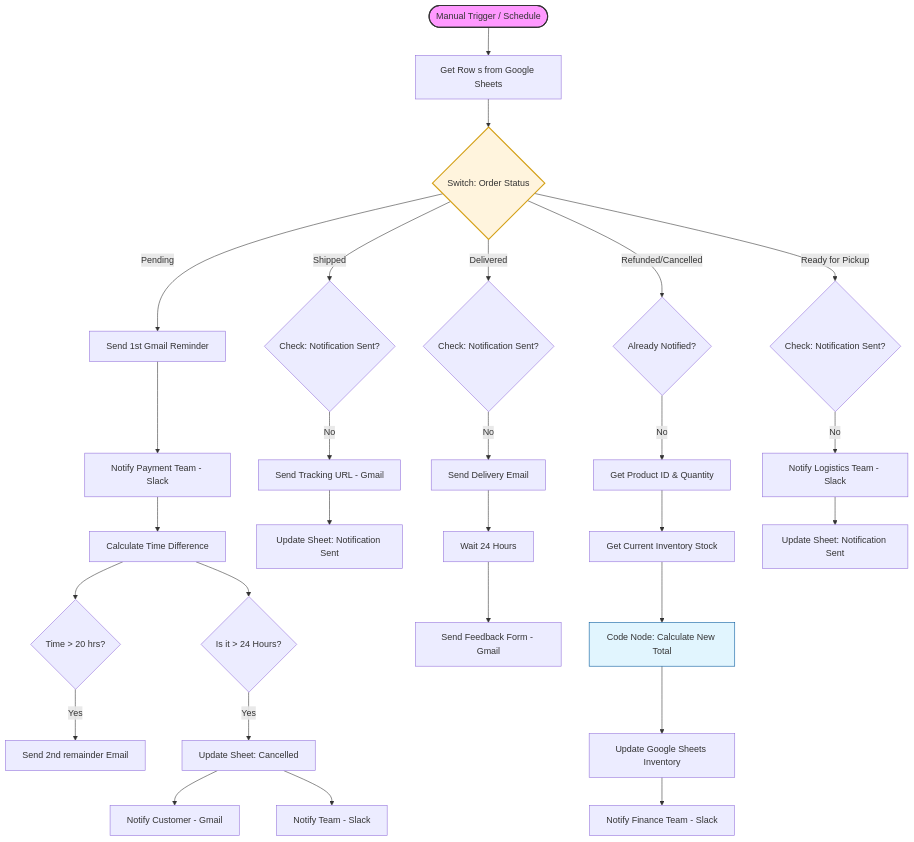
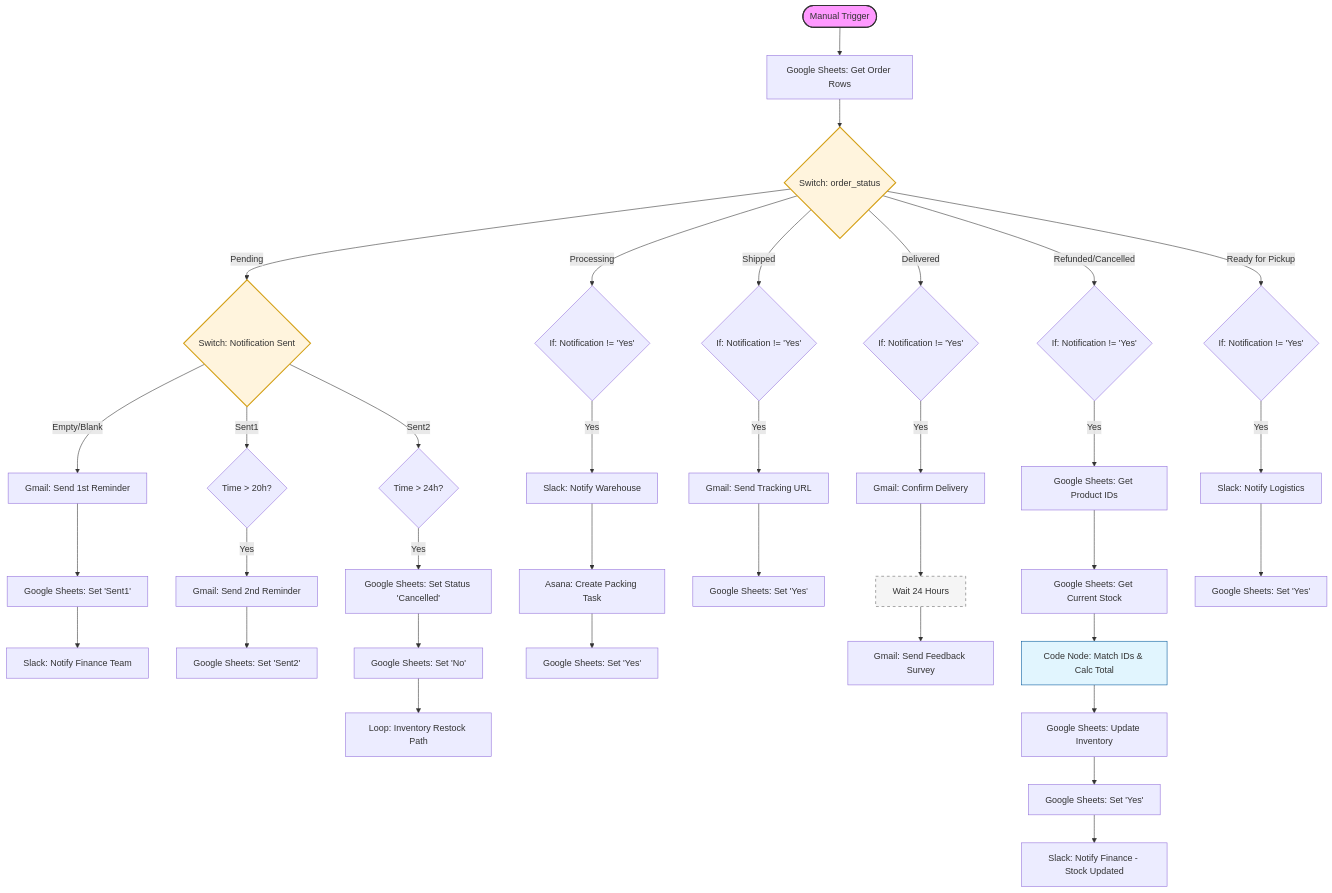
One commit to Pavithra-Sadheeshkumar/N8N-Automation changed the diagram in Order Status Automation/README.md. Above: the diagram before and after it, drawn with Mermaid.

````diff
--- a/Order Status Automation/README.md
+++ b/Order Status Automation/README.md
@@ -50,46 +51,61 @@
-``` mermaid
-    graph TD
-    %% Trigger
-    Start([Manual Trigger / Schedule]) --> GetRows[Get Row s from Google Sheets]
-    GetRows --> Switch{Switch: Order Status}
+```mermaid
+graph TD
+    %% Start and Data Fetch
+    Start([Manual Trigger]) --> GetRows[Google Sheets: Get Order Rows]
+    GetRows --> MainSwitch{Switch: order_status}
 
-    %% Path 1: Pending
-    Switch -- Pending --> Remainder1[Send 1st Gmail Reminder]
-    Remainder1 --> SlackPay[Notify Payment Team - Slack]
-    SlackPay --> CalcTime[Calculate Time Difference]
-    CalcTime --> Check20{Time > 20 hrs?}
-    Check20 -- Yes --> Rem2[Send 2nd remainder Email]
-    CalcTime --> TimeCheck{Is it > 24 Hours?}
-    TimeCheck -- Yes --> CancelOrder[Update Sheet: Cancelled]
-    CancelOrder --> NotifyCustCancel[Notify Customer - Gmail]
-    CancelOrder --> NotifyTeamCancel[Notify Team - Slack]
+    %% PENDING PATH (The State Machine)
+    MainSwitch -- Pending --> PendingSwitch{Switch: Notification Sent}
+    
+    PendingSwitch -- "Empty/Blank" --> Email1[Gmail: Send 1st Reminder]
+    Email1 --> UpdateSent1[Google Sheets: Set 'Sent1']
+    UpdateSent1 --> SlackFinance[Slack: Notify Finance Team]
 
-    %% Path 3: Shipped
-    Switch -- Shipped --> ShipCheck{Check: Notification Sent?}
-    ShipCheck -- No --> GmailTrack[Send Tracking URL - Gmail]
-    GmailTrack --> UpdateNotif1[Update Sheet: Notification Sent]
+    PendingSwitch -- "Sent1" --> TimeCheck20{Time > 20h?}
+    TimeCheck20 -- Yes --> Email2[Gmail: Send 2nd Reminder]
+    Email2 --> UpdateSent2[Google Sheets: Set 'Sent2']
+    
+    PendingSwitch -- "Sent2" --> TimeCheck24{Time > 24h?}
+    TimeCheck24 -- Yes --> CancelOrder[Google Sheets: Set Status 'Cancelled']
+    CancelOrder --> UpdateSentNo[Google Sheets: Set 'No']
+    UpdateSentNo --> LoopCancel[Loop: Inventory Restock Path]
 
-    %% Path 4: Delivered
-    Switch -- Delivered --> DelivCheck{Check: Notification Sent?}
-    DelivCheck -- No --> GmailDeliv[Send Delivery Email]
+    %% PROCESSING PATH
+    MainSwitch -- Processing --> CheckProc{If: Notification != 'Yes'}
+    CheckProc -- Yes --> SlackWh[Slack: Notify Warehouse]
+    SlackWh --> Asana[Asana: Create Packing Task]
+    Asana --> UpdateProcYes[Google Sheets: Set 'Yes']
+
+    %% SHIPPED PATH
+    MainSwitch -- Shipped --> CheckShip{If: Notification != 'Yes'}
+    CheckShip -- Yes --> GmailShip[Gmail: Send Tracking URL]
+    GmailShip --> UpdateShipYes[Google Sheets: Set 'Yes']
+
+    %% DELIVERED PATH
+    MainSwitch -- Delivered --> CheckDeliv{If: Notification != 'Yes'}
+    CheckDeliv -- Yes --> GmailDeliv[Gmail: Confirm Delivery]
     GmailDeliv --> Wait24[Wait 24 Hours]
-    Wait24 --> Feedback[Send Feedback Form - Gmail]
+    Wait24 --> Feedback[Gmail: Send Feedback Survey]
 
-    %% Path 5: Refunded / Cancelled (Inventory)
-    Switch -- Refunded/Cancelled --> AlreadyNotified{Already Notified?}
-    AlreadyNotified -- No --> GetProd[Get Product ID & Quantity]
-    GetProd --> GetStock[Get Current Inventory Stock]
-    GetStock --> CalcStock[Code Node: Calculate New Total]
-    CalcStock --> UpdateInv[Update Google Sheets Inventory]
-    UpdateInv --> NotifyFin[Notify Finance Team - Slack]
+    %% REFUNDED / CANCELLED (Inventory Logic)
+    MainSwitch -- Refunded/Cancelled --> CheckInv{If: Notification != 'Yes'}
+    CheckInv -- Yes --> GetProd[Google Sheets: Get Product IDs]
+    GetProd --> GetStock[Google Sheets: Get Current Stock]
+    GetStock --> CalcStock[Code Node: Match IDs & Calc Total]
+    CalcStock --> UpdateInv[Google Sheets: Update Inventory]
+    UpdateInv --> UpdateInvYes[Google Sheets: Set 'Yes']
+    UpdateInvYes --> SlackFinInv[Slack: Notify Finance - Stock Updated]
 
-    %% Path 6: Ready for Pickup
-    Switch -- Ready for Pickup --> PickupCheck{Check: Notification Sent?}
-    PickupCheck -- No --> NotifyLog[Notify Logistics Team - Slack]
-    NotifyLog --> UpdateNotif2[Update Sheet: Notification Sent]
+    %% READY FOR PICKUP
+    MainSwitch -- "Ready for Pickup" --> CheckPick{If: Notification != 'Yes'}
+    CheckPick -- Yes --> SlackLog[Slack: Notify Logistics]
+    SlackLog --> UpdatePickYes[Google Sheets: Set 'Yes']
 
     %% Styling
     style Start fill:#f9f,stroke:#333,stroke-width:2px
-    style Switch fill:#fff4dd,stroke:#d4a017,stroke-width:2px
+    style MainSwitch fill:#fff4dd,stroke:#d4a017,stroke-width:2px
+    style PendingSwitch fill:#fff4dd,stroke:#d4a017,stroke-width:2px
     style CalcStock fill:#e1f5fe,stroke:#01579b
+    style Wait24 fill:#f5f5f5,stroke:#666,stroke-dasharray: 5 5
+
 ```
````
